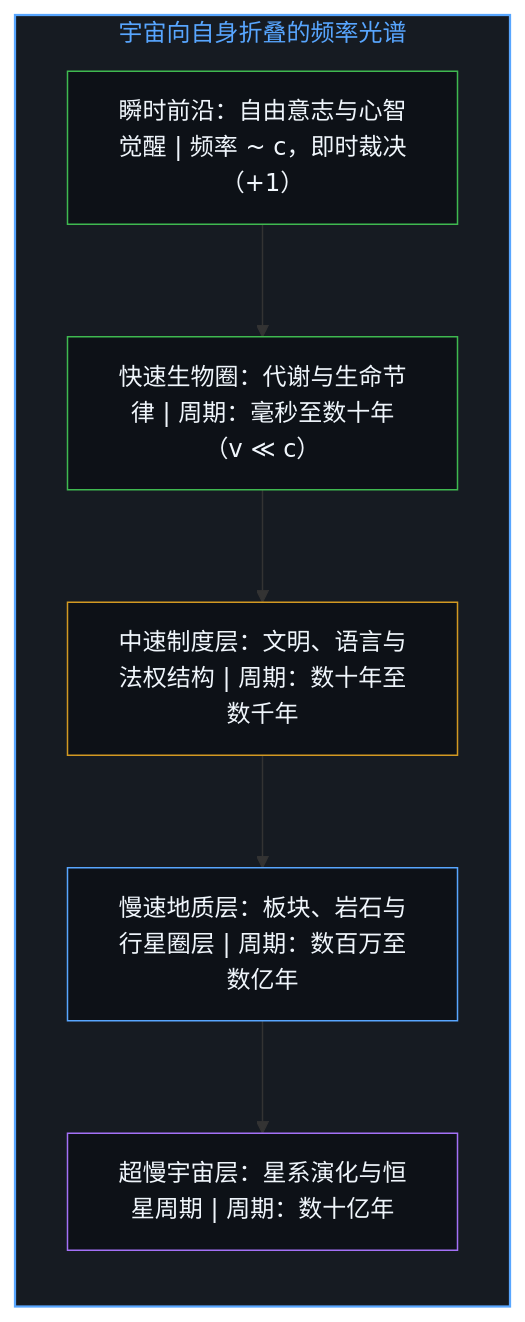
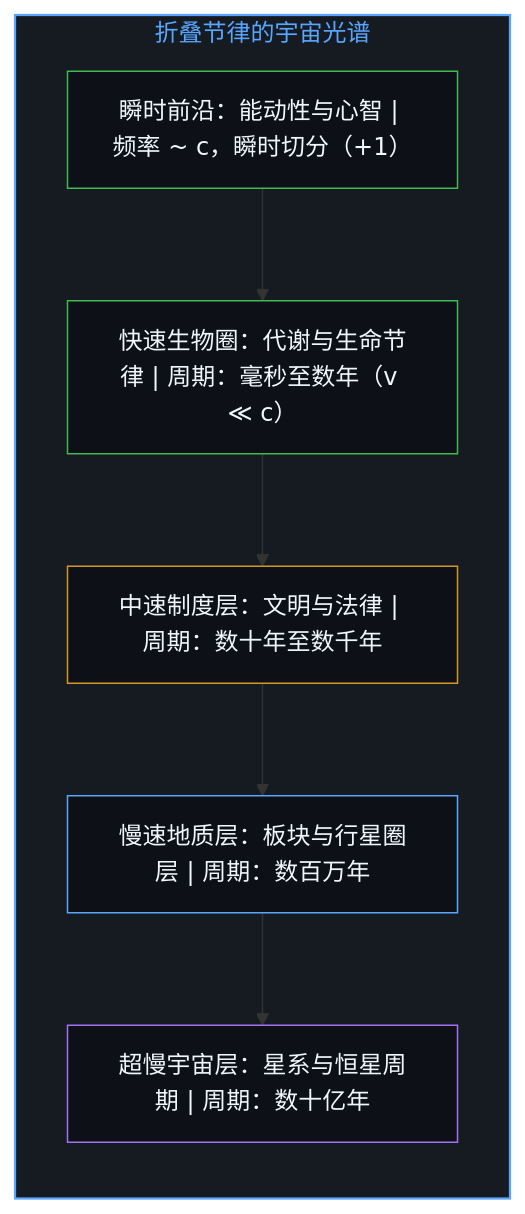
Before and after one commit to powerpig99/not-a-toe: the ninth of 10 diagrams in content/posts/the-velocity-of-visibility.md, drawn with Mermaid. The commit also changed other lines of this file and 7 other files, not shown here.

````diff
--- a/content/posts/the-velocity-of-visibility.md
+++ b/content/posts/the-velocity-of-visibility.md
@@ -301,19 +277,18 @@
 ```mermaid
 flowchart TD
-    subgraph S_Spectrum["宇宙向自身折叠的频率光谱"]
+    subgraph S_Spectrum["折叠节律的宇宙光谱"]
         direction TB
-        MindBand["瞬时前沿：自由意志与心智觉醒 | 频率 ~ c，即时裁决（+1）"]
-        BioBand["快速生物圈：代谢与生命节律 | 周期：毫秒至数十年（v ≪ c）"]
-        InstBand["中速制度层：文明、语言与法权结构 | 周期：数十年至数千年"]
-        GeoBand["慢速地质层：板块、岩石与行星圈层 | 周期：数百万至数亿年"]
-        CosmicBand["超慢宇宙层：星系演化与恒星周期 | 周期：数十亿年"]
+        MindBand["瞬时前沿：能动性与心智 | 频率 ~ c，瞬时切分（+1）"]
+        BioBand["快速生物圈：代谢与生命节律 | 周期：毫秒至数年（v ≪ c）"]
+        InstBand["中速制度层：文明与法律 | 周期：数十年至数千年"]
+        GeoBand["慢速地质层：板块与行星圈层 | 周期：数百万年"]
+        CosmicBand["超慢宇宙层：星系与恒星周期 | 周期：数十亿年"]
         MindBand --> BioBand --> InstBand --> GeoBand --> CosmicBand
     end
-
     style S_Spectrum fill:#161b22,stroke:#58a6ff,stroke-width:1.5px,color:#58a6ff
     style MindBand fill:#0d1117,stroke:#3fb950,stroke-width:1px,color:#f0f6fc
     style BioBand fill:#0d1117,stroke:#3fb950,stroke-width:1px,color:#f0f6fc
     style InstBand fill:#0d1117,stroke:#d29922,stroke-width:1px,color:#f0f6fc
     style GeoBand fill:#0d1117,stroke:#58a6ff,stroke-width:1px,color:#f0f6fc
     style CosmicBand fill:#0d1117,stroke:#a371f7,stroke-width:1px,color:#f0f6fc
 ```
````
